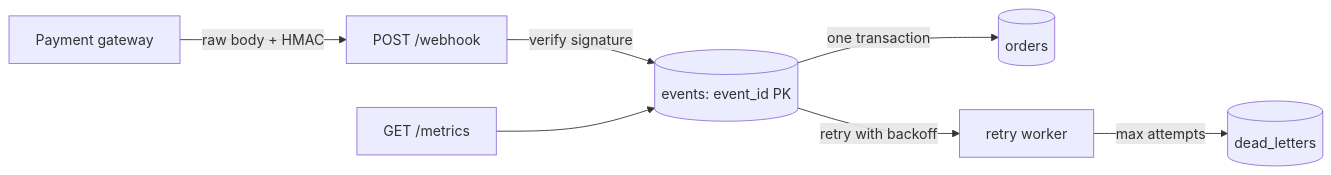
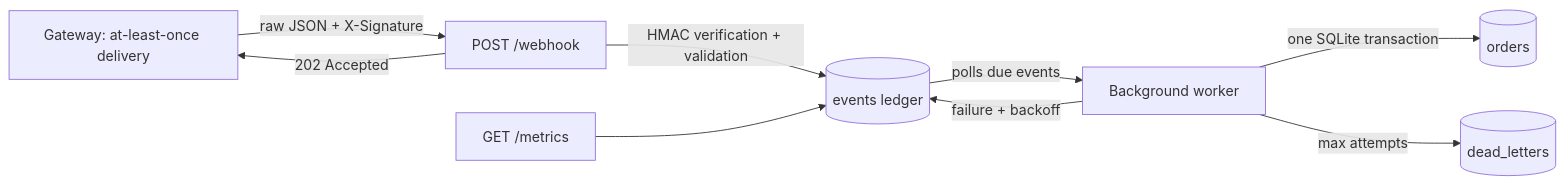
Before and after one commit to Bhavesh1506/Webhook-Processor: the first of 2 diagrams in README.md, drawn with Mermaid. The commit also changed other lines of this file and 8 other files, not shown here.

````diff
--- a/README.md
+++ b/README.md
@@ -26,9 +11,11 @@
 ```mermaid
 flowchart LR
-  G[Payment gateway] -->|raw body + HMAC| W[POST /webhook]
-  W -->|verify signature| E[(events: event_id PK)]
-  E -->|one transaction| O[(orders)]
-  E -->|retry with backoff| R[retry worker]
-  R -->|max attempts| D[(dead_letters)]
-  M[GET /metrics] --> E
+    G[Gateway: at-least-once delivery] -->|raw JSON + X-Signature| W[POST /webhook]
+    W -->|HMAC verification + validation| E[(events ledger)]
+    W -->|202 Accepted| G
+    E -->|polls due events| K[Background worker]
+    K -->|one SQLite transaction| O[(orders)]
+    K -->|failure + backoff| E
+    K -->|max attempts| D[(dead_letters)]
+    M[GET /metrics] --> E
 ```
````
